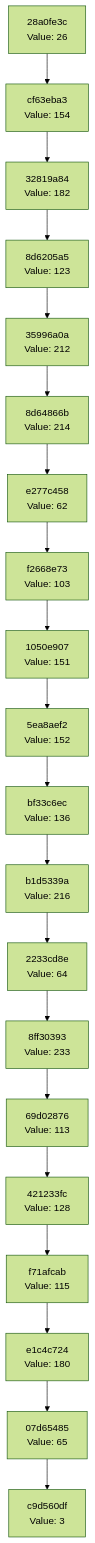
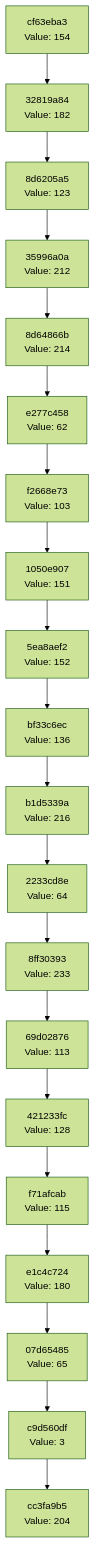
The diagram in docs/CHAIN_VISUALIZATION.md (Abhisheksinha1506/hash-chain-evolver), drawn with Mermaid (forest theme) before and after one commit. The commit also changed 3 other files, not shown here.

````diff
--- a/docs/CHAIN_VISUALIZATION.md
+++ b/docs/CHAIN_VISUALIZATION.md
@@ -3,42 +3,42 @@
 ```mermaid
 graph TD
-    C0["c9d560df<br/>Value: 3"]
-    C1["07d65485<br/>Value: 65"]
+    C0["cc3fa9b5<br/>Value: 204"]
+    C1["c9d560df<br/>Value: 3"]
     C1 --> C0
-    C2["e1c4c724<br/>Value: 180"]
+    C2["07d65485<br/>Value: 65"]
     C2 --> C1
-    C3["f71afcab<br/>Value: 115"]
+    C3["e1c4c724<br/>Value: 180"]
     C3 --> C2
-    C4["421233fc<br/>Value: 128"]
+    C4["f71afcab<br/>Value: 115"]
     C4 --> C3
-    C5["69d02876<br/>Value: 113"]
+    C5["421233fc<br/>Value: 128"]
     C5 --> C4
-    C6["8ff30393<br/>Value: 233"]
+    C6["69d02876<br/>Value: 113"]
     C6 --> C5
-    C7["2233cd8e<br/>Value: 64"]
+    C7["8ff30393<br/>Value: 233"]
     C7 --> C6
-    C8["b1d5339a<br/>Value: 216"]
+    C8["2233cd8e<br/>Value: 64"]
     C8 --> C7
-    C9["bf33c6ec<br/>Value: 136"]
+    C9["b1d5339a<br/>Value: 216"]
     C9 --> C8
-    C10["5ea8aef2<br/>Value: 152"]
+    C10["bf33c6ec<br/>Value: 136"]
     C10 --> C9
-    C11["1050e907<br/>Value: 151"]
+    C11["5ea8aef2<br/>Value: 152"]
     C11 --> C10
-    C12["f2668e73<br/>Value: 103"]
+    C12["1050e907<br/>Value: 151"]
     C12 --> C11
-    C13["e277c458<br/>Value: 62"]
+    C13["f2668e73<br/>Value: 103"]
     C13 --> C12
-    C14["8d64866b<br/>Value: 214"]
+    C14["e277c458<br/>Value: 62"]
     C14 --> C13
-    C15["35996a0a<br/>Value: 212"]
+    C15["8d64866b<br/>Value: 214"]
     C15 --> C14
-    C16["8d6205a5<br/>Value: 123"]
+    C16["35996a0a<br/>Value: 212"]
     C16 --> C15
-    C17["32819a84<br/>Value: 182"]
+    C17["8d6205a5<br/>Value: 123"]
     C17 --> C16
-    C18["cf63eba3<br/>Value: 154"]
+    C18["32819a84<br/>Value: 182"]
     C18 --> C17
-    C19["28a0fe3c<br/>Value: 26"]
+    C19["cf63eba3<br/>Value: 154"]
     C19 --> C18
 ```
````
